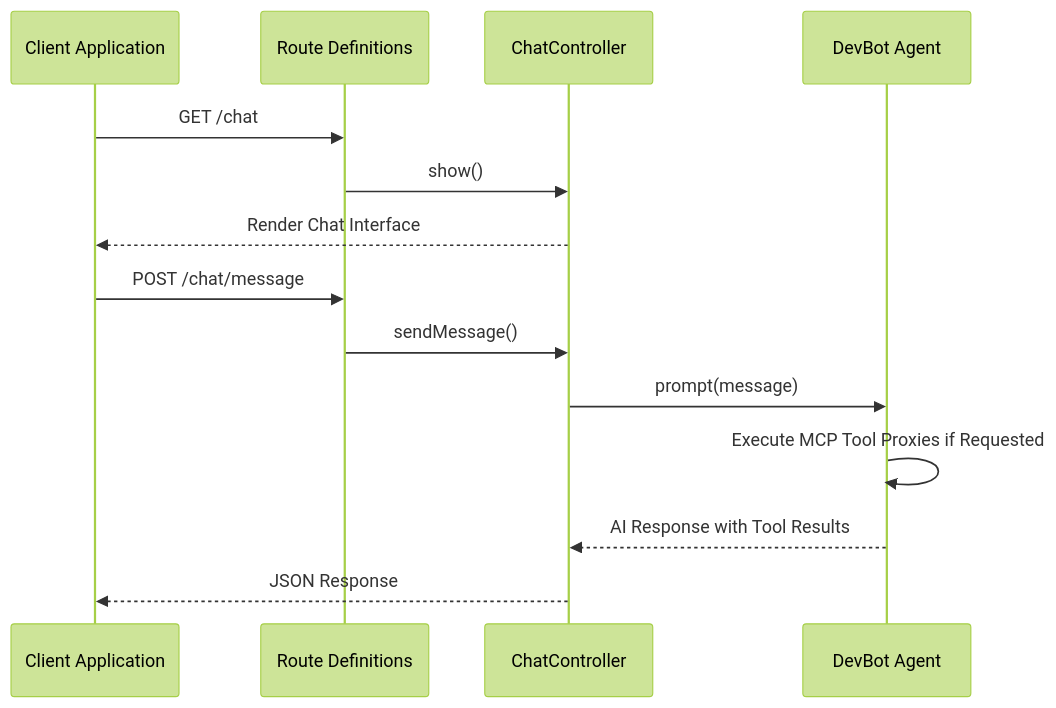
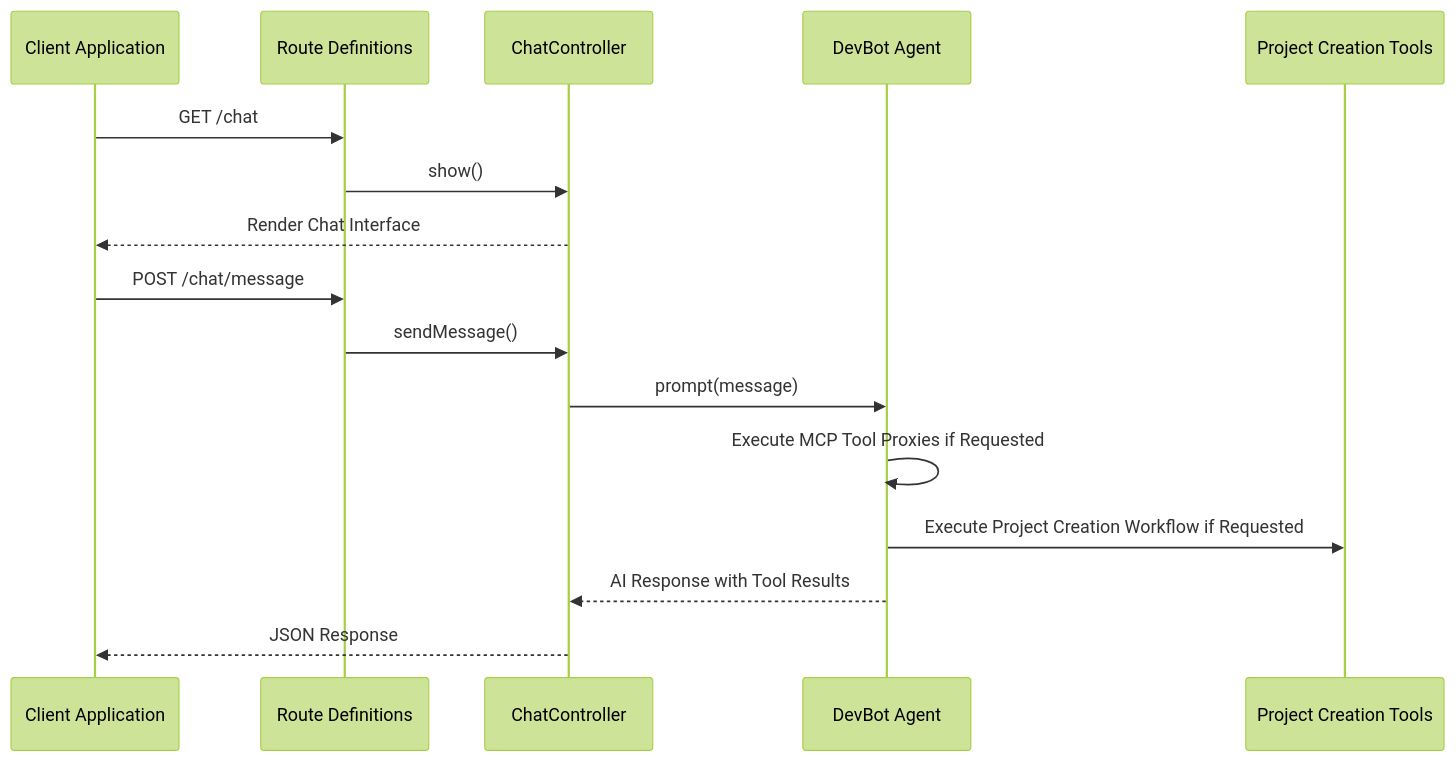
One commit to siimliimand/laravel-assistant changed diagram 23 of 25 in .qoder/repowiki/en/content/AI Integration System/Agent System/DevBot AI Agent System.md. Above: the diagram before and after it, drawn with Mermaid (forest theme). The commit also changed other lines of this file and 3 other files, not shown here.

First line of the commit message:
feat(devbot): add comprehensive project creation capabilities and expand MCP tool suite

````diff
--- a/.qoder/repowiki/en/content/AI Integration System/Agent System/DevBot AI Agent System.md
+++ b/.qoder/repowiki/en/content/AI Integration System/Agent System/DevBot AI Agent System.md
@@ -754,16 +1085,18 @@
 ```mermaid
 sequenceDiagram
 participant Client as Client Application
 participant Routes as Route Definitions
 participant Controller as ChatController
 participant Agent as DevBot Agent
+participant ProjectTools as Project Creation Tools
 Client->>Routes : GET /chat
 Routes->>Controller : show()
 Controller-->>Client : Render Chat Interface
 Client->>Routes : POST /chat/message
 Routes->>Controller : sendMessage()
 Controller->>Agent : prompt(message)
 Agent->>Agent : Execute MCP Tool Proxies if Requested
+Agent->>ProjectTools : Execute Project Creation Workflow if Requested
 Agent-->>Controller : AI Response with Tool Results
 Controller-->>Client : JSON Response
 ```
````
